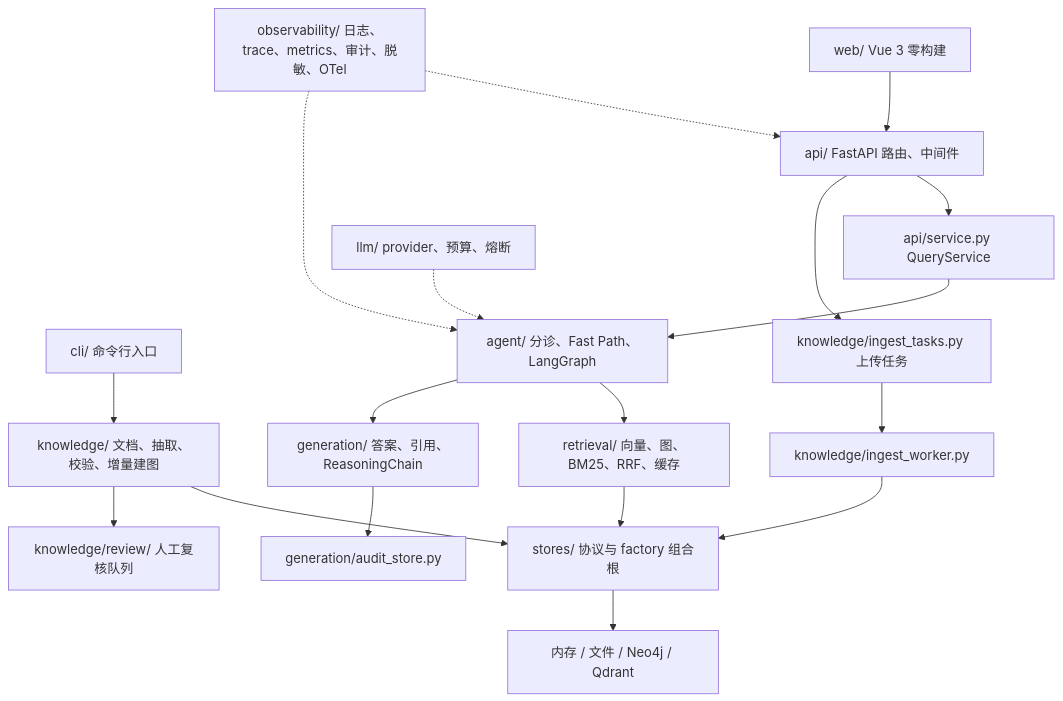
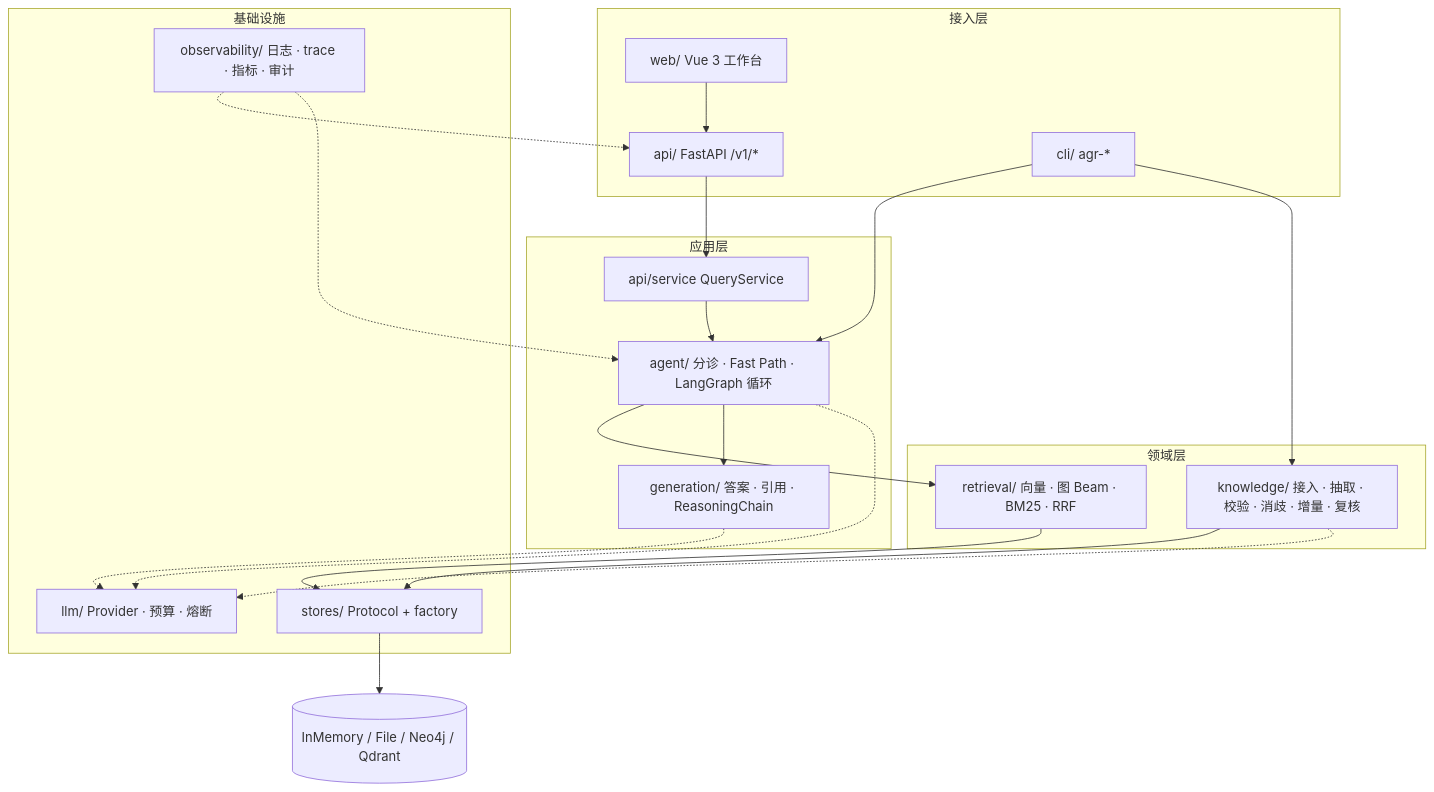
One commit to RightCloudhub/AG changed the first of 16 diagrams in docs/ARCHITECTURE.md. Above: the diagram before and after it, drawn with Mermaid. The commit also changed other lines of this file and 61 other files, not shown here.

````diff
--- a/docs/ARCHITECTURE.md
+++ b/docs/ARCHITECTURE.md
@@ -8,20 +22,34 @@
 ```mermaid
 flowchart TD
-    WEB["web/ Vue 3 零构建"] --> API["api/ FastAPI 路由、中间件"]
-    CLI["cli/ 命令行入口"] --> DOMAIN
-    API --> SVC["api/service.py QueryService"]
-    SVC --> AGENT["agent/ 分诊、Fast Path、LangGraph"]
-    AGENT --> RET["retrieval/ 向量、图、BM25、RRF、缓存"]
-    AGENT --> GEN["generation/ 答案、引用、ReasoningChain"]
-    RET --> STORE["stores/ 协议与 factory 组合根"]
-    GEN --> AUDIT["generation/audit_store.py"]
-    DOMAIN["knowledge/ 文档、抽取、校验、增量建图"] --> STORE
-    DOMAIN --> REVIEW["knowledge/review/ 人工复核队列"]
-    API --> TASK["knowledge/ingest_tasks.py 上传任务"]
-    TASK --> WORKER["knowledge/ingest_worker.py"]
-    WORKER --> STORE
-    STORE --> BACKENDS["内存 / 文件 / Neo4j / Qdrant"]
-    LLM["llm/ provider、预算、熔断"] -.-> AGENT
-    OBS["observability/ 日志、trace、metrics、审计、脱敏、OTel"] -.-> API
+    subgraph ENTRY["接入层"]
+        WEB["web/ Vue 3 工作台"]
+        API["api/ FastAPI /v1/*"]
+        CLI["cli/ agr-*"]
+    end
+    subgraph APP["应用层"]
+        SVC["api/service QueryService"]
+        AGENT["agent/ 分诊 · Fast Path · LangGraph 循环"]
+        GEN["generation/ 答案 · 引用 · ReasoningChain"]
+    end
+    subgraph DOMAIN["领域层"]
+        RET["retrieval/ 向量 · 图 Beam · BM25 · RRF"]
+        KG["knowledge/ 接入 · 抽取 · 校验 · 消歧 · 增量 · 复核"]
+    end
+    subgraph INFRA["基础设施"]
+        STORES["stores/ Protocol + factory"]
+        LLM["llm/ Provider · 预算 · 熔断"]
+        OBS["observability/ 日志 · trace · 指标 · 审计"]
+    end
+    WEB --> API --> SVC --> AGENT
+    CLI --> AGENT
+    CLI --> KG
+    AGENT --> RET --> STORES
+    AGENT --> GEN
+    KG --> STORES
+    AGENT -.-> LLM
+    KG -.-> LLM
+    GEN -.-> LLM
+    OBS -.-> API
     OBS -.-> AGENT
+    STORES --> BACK[("InMemory / File / Neo4j / Qdrant")]
 ```
````
